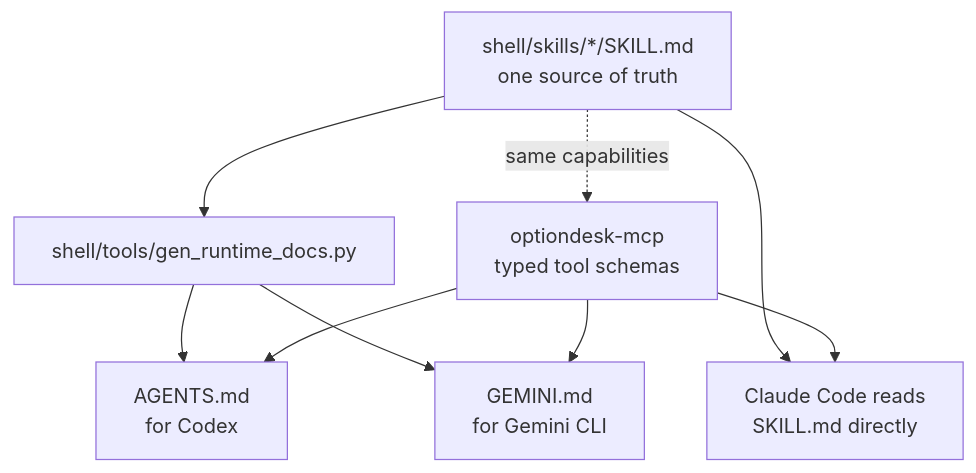
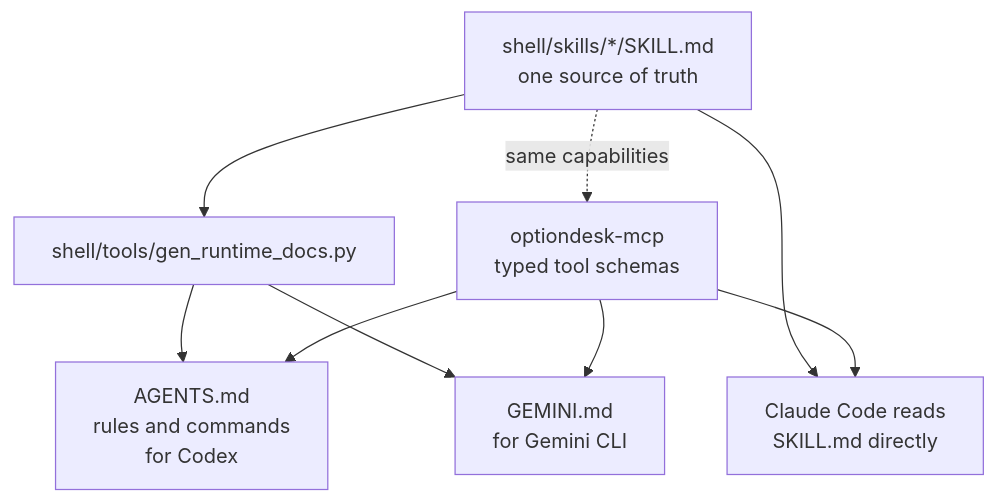
The fifth of 7 diagrams in README.md (Iman/agent-driven-options-desk-and-skills), drawn with Mermaid before and after one commit. The commit also changed other lines of this file and 55 other files, not shown here.

````diff
--- a/README.md
+++ b/README.md
@@ -377,18 +393,18 @@
 ```mermaid
 flowchart TB
     skill["shell/skills/*/SKILL.md<br/>one source of truth"]
     gen["shell/tools/gen_runtime_docs.py"]
-    agents["AGENTS.md<br/>for Codex"]
+    agents["AGENTS.md<br/>rules and commands<br/>for Codex"]
     gemini["GEMINI.md<br/>for Gemini CLI"]
     claude["Claude Code reads<br/>SKILL.md directly"]
     mcpserver["optiondesk-mcp<br/>typed tool schemas"]
 
     skill --> gen
     gen --> agents
     gen --> gemini
     skill --> claude
     skill -. "same capabilities" .-> mcpserver
     mcpserver --> claude
     mcpserver --> agents
     mcpserver --> gemini
 ```
````
